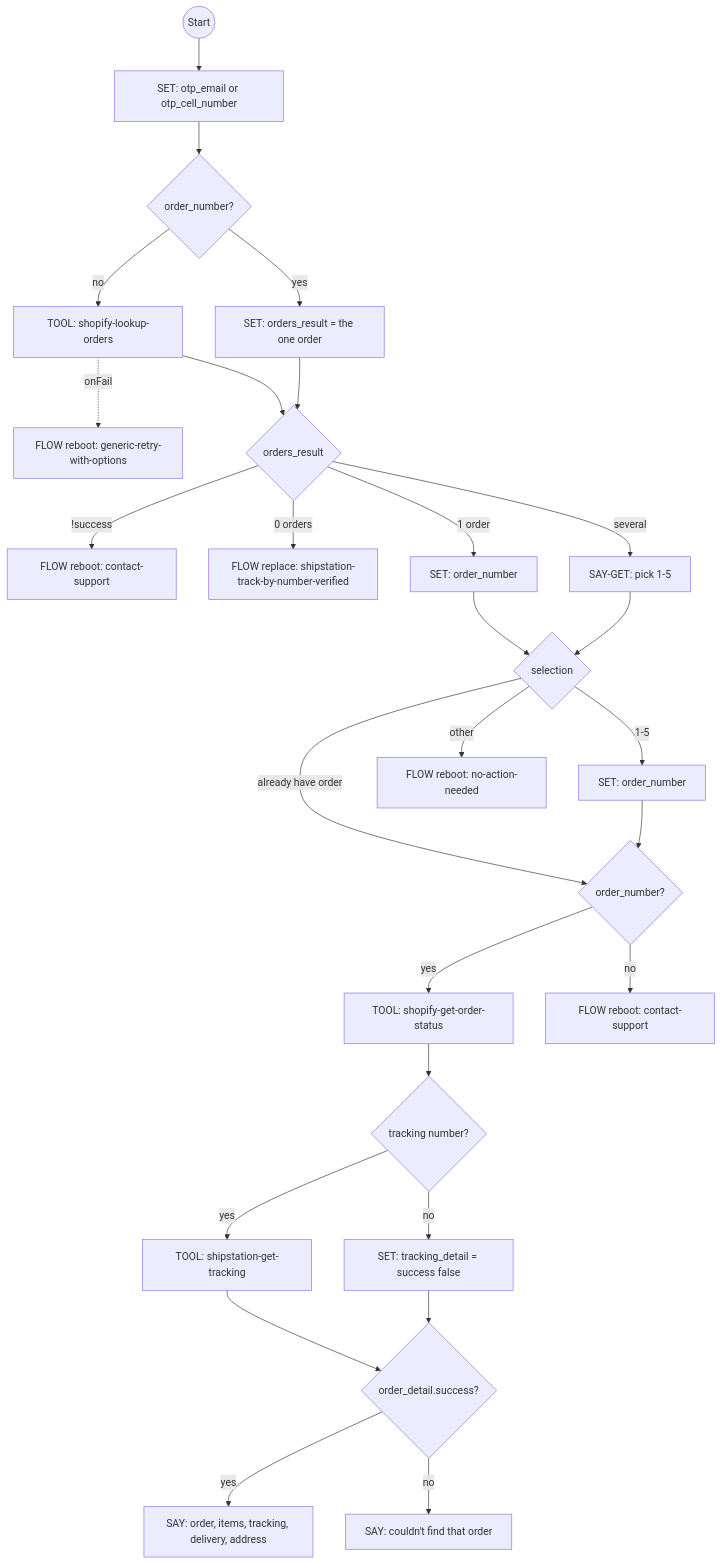
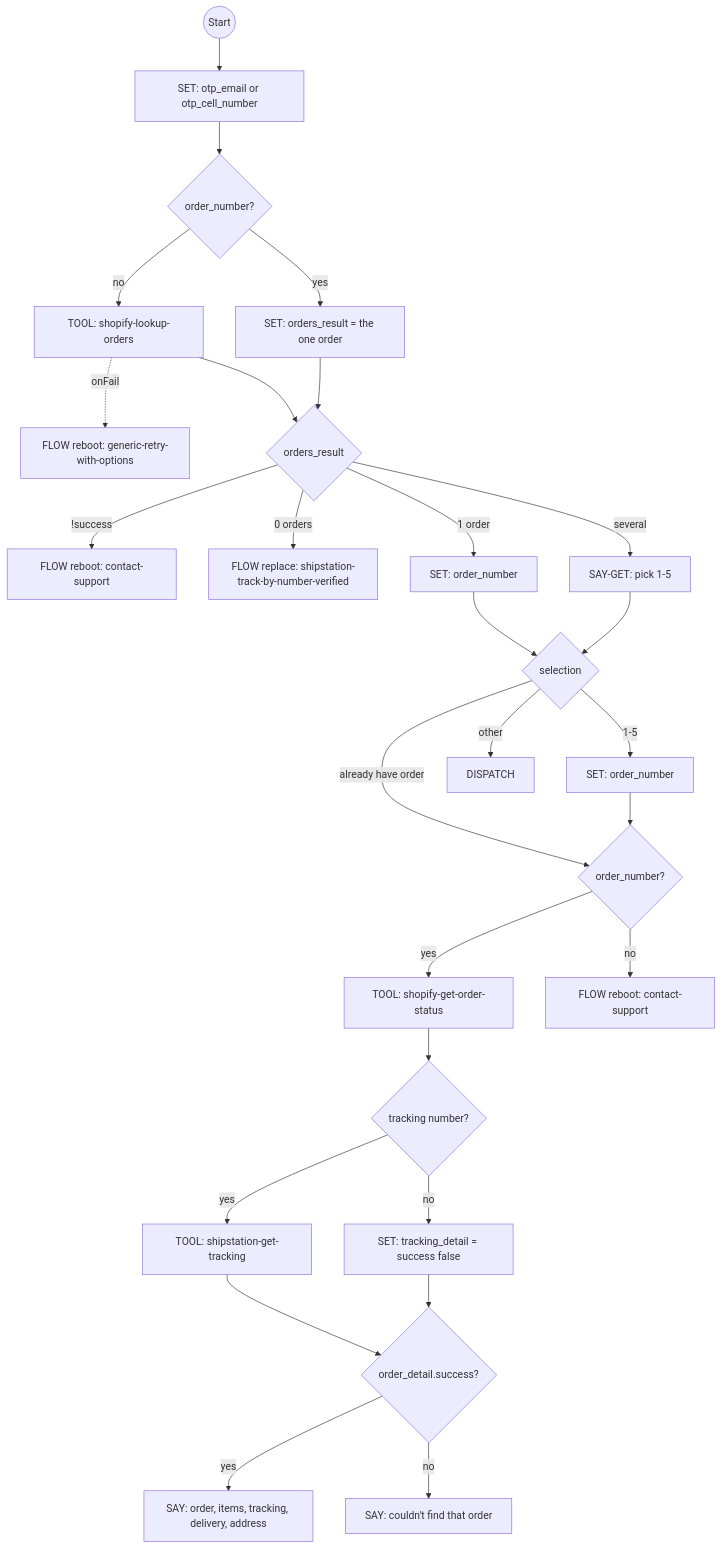
The fourth of 6 diagrams in docs/shopify-flows.md (ronpinkas/jsfe), drawn with Mermaid before and after one commit. The commit also changed other lines of this file and 3 other files, not shown here.

Commit message:
flows + docs: the four DISPATCH sites (prod 2026-10-01 07:43Z)

````diff
--- a/docs/shopify-flows.md
+++ b/docs/shopify-flows.md
@@ -216,28 +216,28 @@
 ```mermaid
 graph TD
     start((Start)) --> set_shopify_identifier[SET: otp_email or otp_cell_number]
     set_shopify_identifier --> has_order{order_number?}
     has_order -->|no| lookup_orders[TOOL: shopify-lookup-orders]
     has_order -->|yes| skip_lookup[SET: orders_result = the one order]
     lookup_orders -.->|onFail| lookup_failed[FLOW reboot: generic-retry-with-options]
     lookup_orders --> display_orders{orders_result}
     skip_lookup --> display_orders
     display_orders -->|!success| lookup_error[FLOW reboot: contact-support]
     display_orders -->|0 orders| no_orders[FLOW replace: shipstation-track-by-number-verified]
     display_orders -->|1 order| single_order_auto[SET: order_number]
     display_orders -->|several| show_orders[SAY-GET: pick 1-5]
     single_order_auto --> handle_selection{selection}
     show_orders --> handle_selection
     handle_selection -->|already have order| get_specific_order{order_number?}
     handle_selection -->|1-5| pick[SET: order_number] --> get_specific_order
-    handle_selection -->|other| finished[FLOW reboot: no-action-needed]
+    handle_selection -->|other| finished[DISPATCH]
     get_specific_order -->|yes| fetch_order_status[TOOL: shopify-get-order-status]
     get_specific_order -->|no| unexpected_no_order[FLOW reboot: contact-support]
     fetch_order_status --> has_tracking{tracking number?}
     has_tracking -->|yes| call_shipstation[TOOL: shipstation-get-tracking]
     has_tracking -->|no| no_tracking[SET: tracking_detail = success false]
     call_shipstation --> show_order_detail{order_detail.success?}
     no_tracking --> show_order_detail
     show_order_detail -->|yes| display_detail[SAY: order, items, tracking, delivery, address]
     show_order_detail -->|no| order_not_found[SAY: couldn't find that order]
 ```
````
